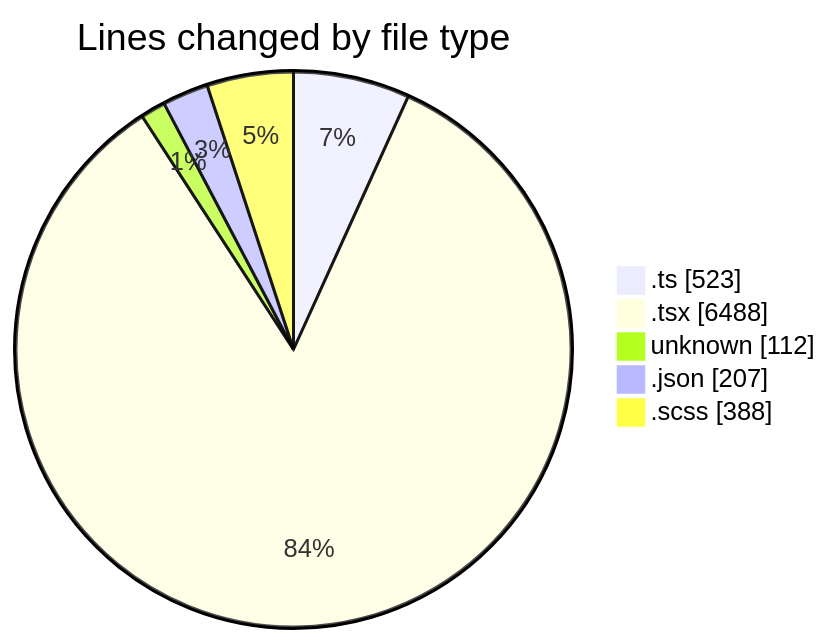
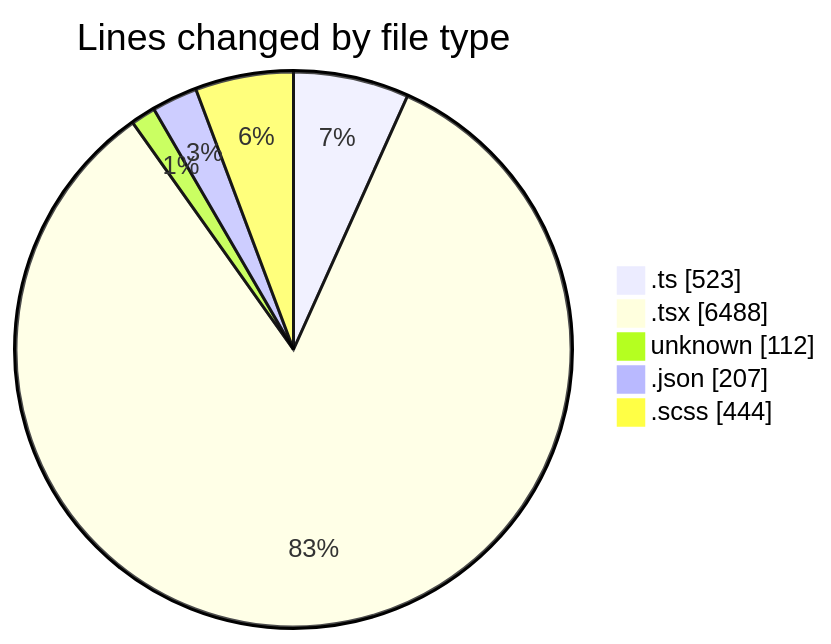
The first of 2 diagrams in 2026-04-29/cda/README.md (momahboobian/code-tracking), drawn with Mermaid before and after one commit. The commit also changed other lines of this file and 1 other file, not shown here.

````diff
--- a/2026-04-29/cda/README.md
+++ b/2026-04-29/cda/README.md
@@ -53,9 +54,9 @@
 ```mermaid
 pie showData
 title Lines changed by file type
 ".ts" : 523
 ".tsx" : 6488
 "unknown" : 112
 ".json" : 207
-".scss" : 388
+".scss" : 444
 ```
````
